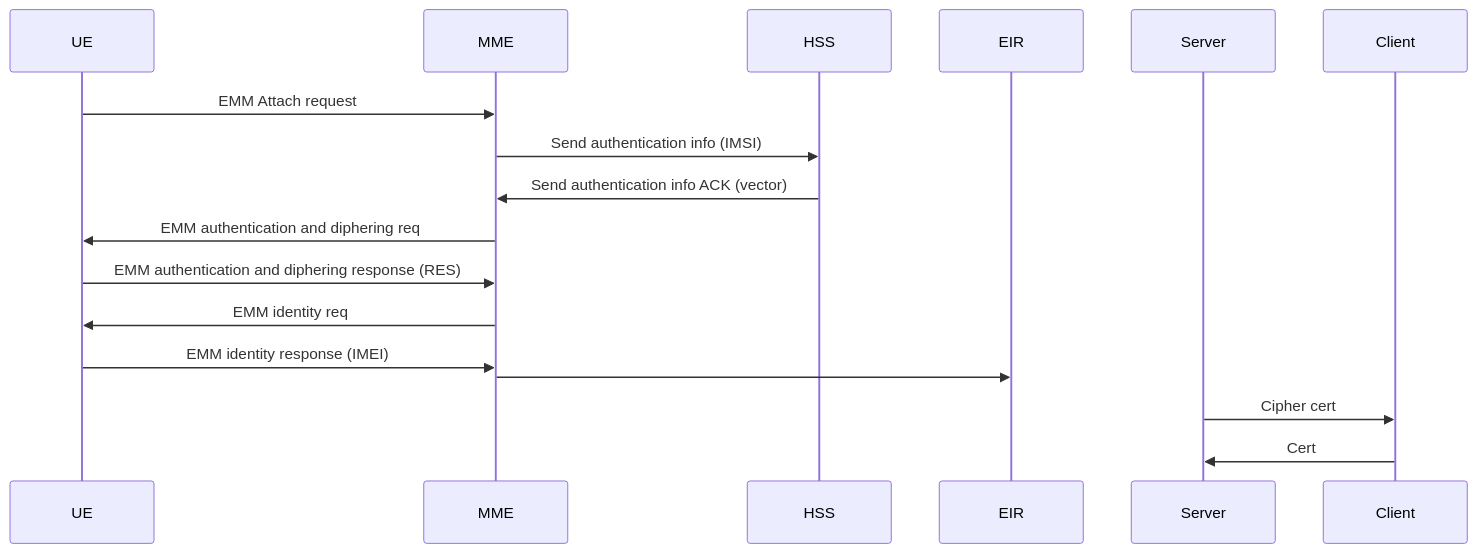
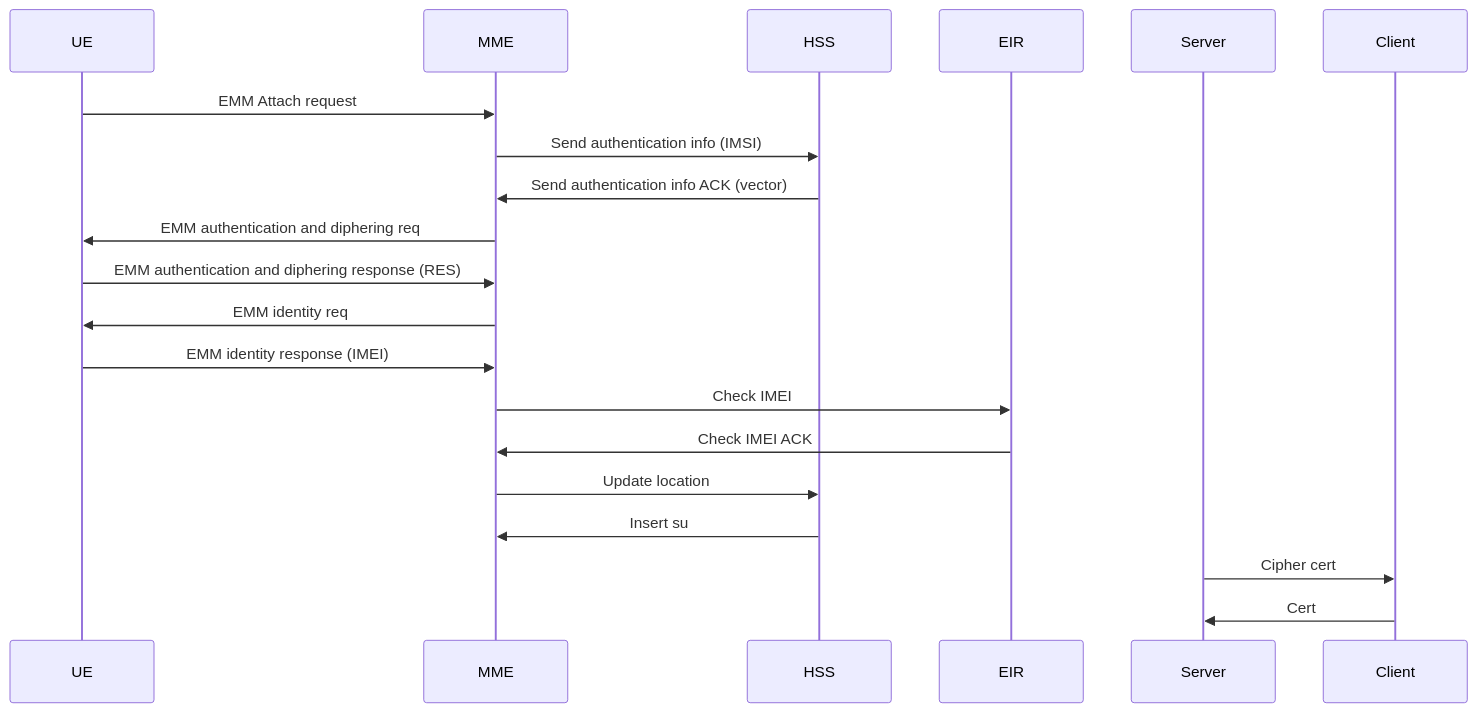
Before and after one commit to ThomasRochette/NoteCours: the diagram in ARM.md, drawn with Mermaid. The commit also changed other lines of this file, not shown here.

Commit message:
Uploaded by https://stackedit.io/

````diff
--- a/ARM.md
+++ b/ARM.md
@@ -80,13 +80,16 @@
 ```mermaid
 sequenceDiagram
 UE ->> MME: EMM Attach request
 MME ->> HSS: Send authentication info (IMSI)
 HSS ->> MME: Send authentication info ACK (vector)
 MME ->> UE: EMM authentication and diphering req
 UE ->> MME: EMM authentication and diphering response (RES)
 MME ->> UE: EMM identity req
 UE ->> MME: EMM identity response (IMEI)
-MME ->> EIR: 
+MME ->> EIR: Check IMEI
+EIR ->> MME: Check IMEI ACK
+MME ->> HSS: Update location
+HSS ->> MME: Insert su
 Server ->> Client: Cipher cert
 Client ->> Server: Cert
 ```
````
